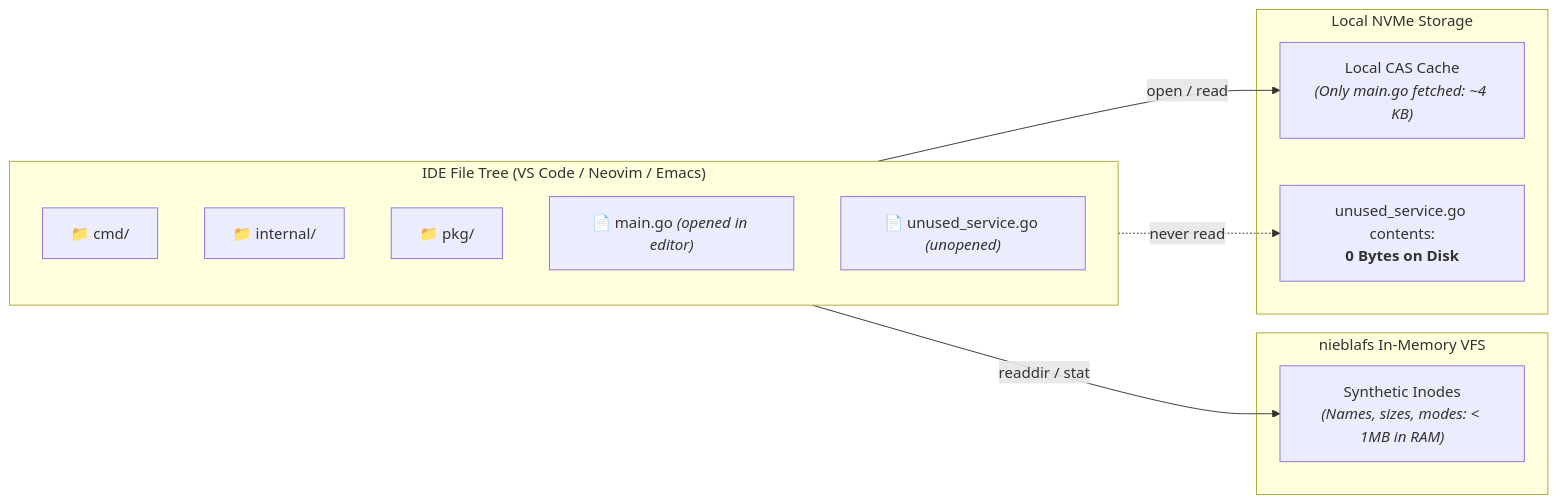
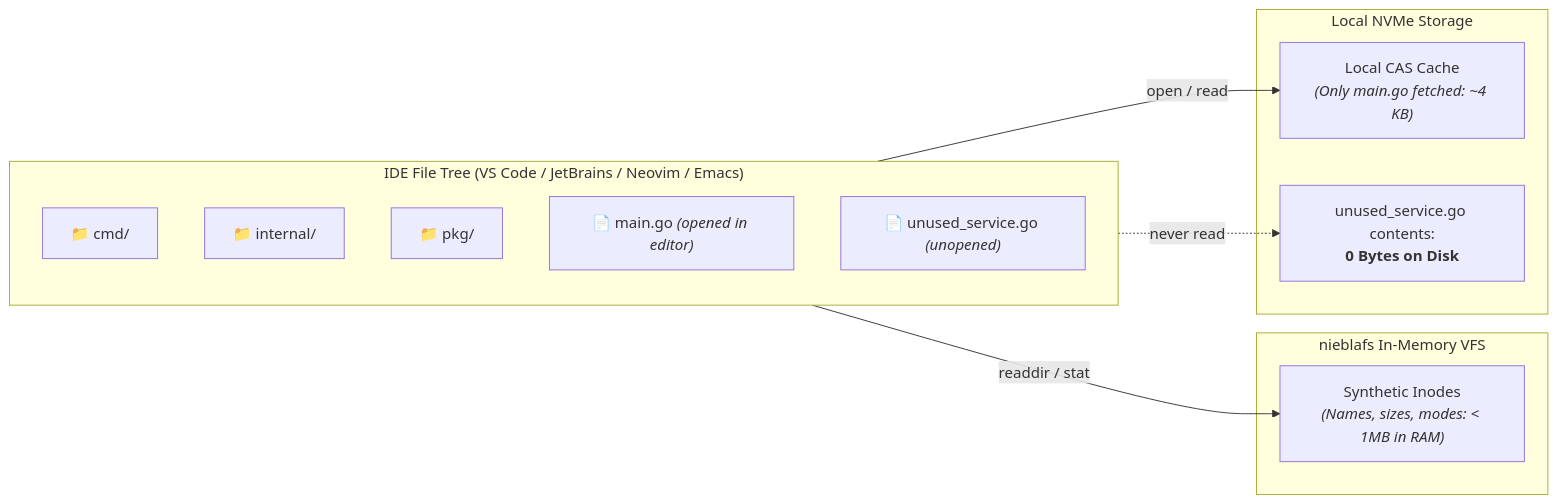
The diagram in docs-site/src/content/docs/workflows/ide-setup.md (mrtnzjsh/niebla), drawn with Mermaid before and after one commit. The commit also changed other lines of this file and 3 other files, not shown here.

Commit message:
docs(workflows): add JetBrains / IntelliJ IDE configuration guide to ide-setup

````diff
--- a/docs-site/src/content/docs/workflows/ide-setup.md
+++ b/docs-site/src/content/docs/workflows/ide-setup.md
@@ -21,24 +21,24 @@
 ```mermaid
 flowchart LR
-    subgraph IDE["IDE File Tree (VS Code / Neovim / Emacs)"]
+    subgraph IDE["IDE File Tree (VS Code / JetBrains / Neovim / Emacs)"]
         direction TB
         F1["📁 cmd/"]
         F2["📁 internal/"]
         F3["📁 pkg/"]
         F4["📄 main.go <i>(opened in editor)</i>"]
         F5["📄 unused_service.go <i>(unopened)</i>"]
     end
 
     subgraph Memory["nieblafs In-Memory VFS"]
         INODES["Synthetic Inodes<br/><i>(Names, sizes, modes: < 1MB in RAM)</i>"]
     end
 
     subgraph LocalDisk["Local NVMe Storage"]
         CAS["Local CAS Cache<br/><i>(Only main.go fetched: ~4 KB)</i>"]
         EMPTY["unused_service.go contents:<br/><b>0 Bytes on Disk</b>"]
     end
 
     IDE -->|"readdir / stat"| INODES
     F4 -->|"open / read"| CAS
     F5 -.->|"never read"| EMPTY
 ```
````
